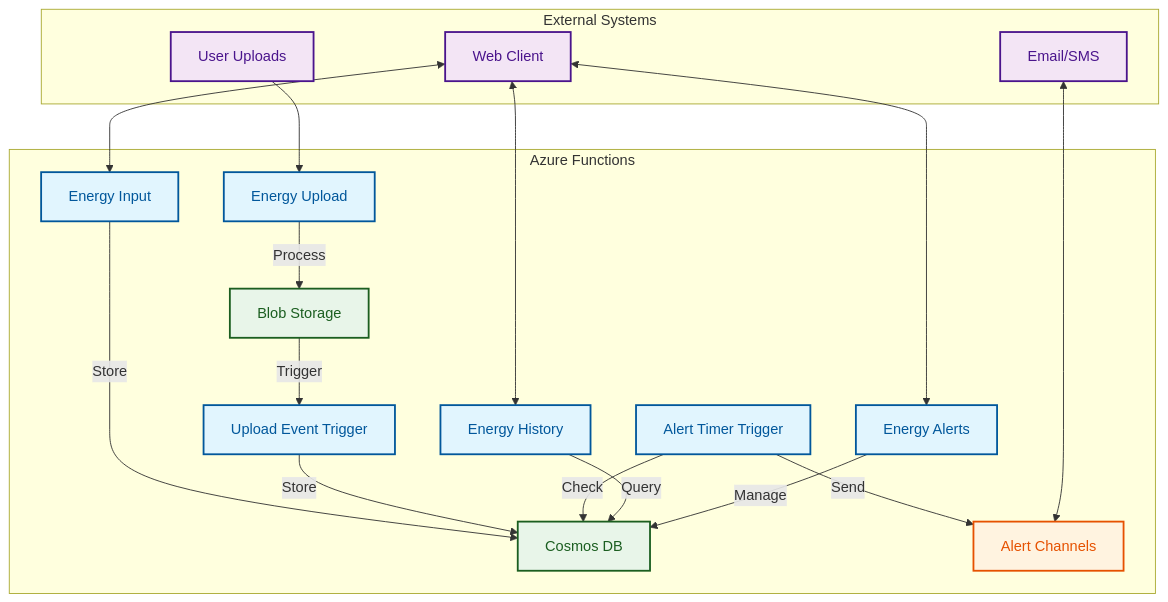
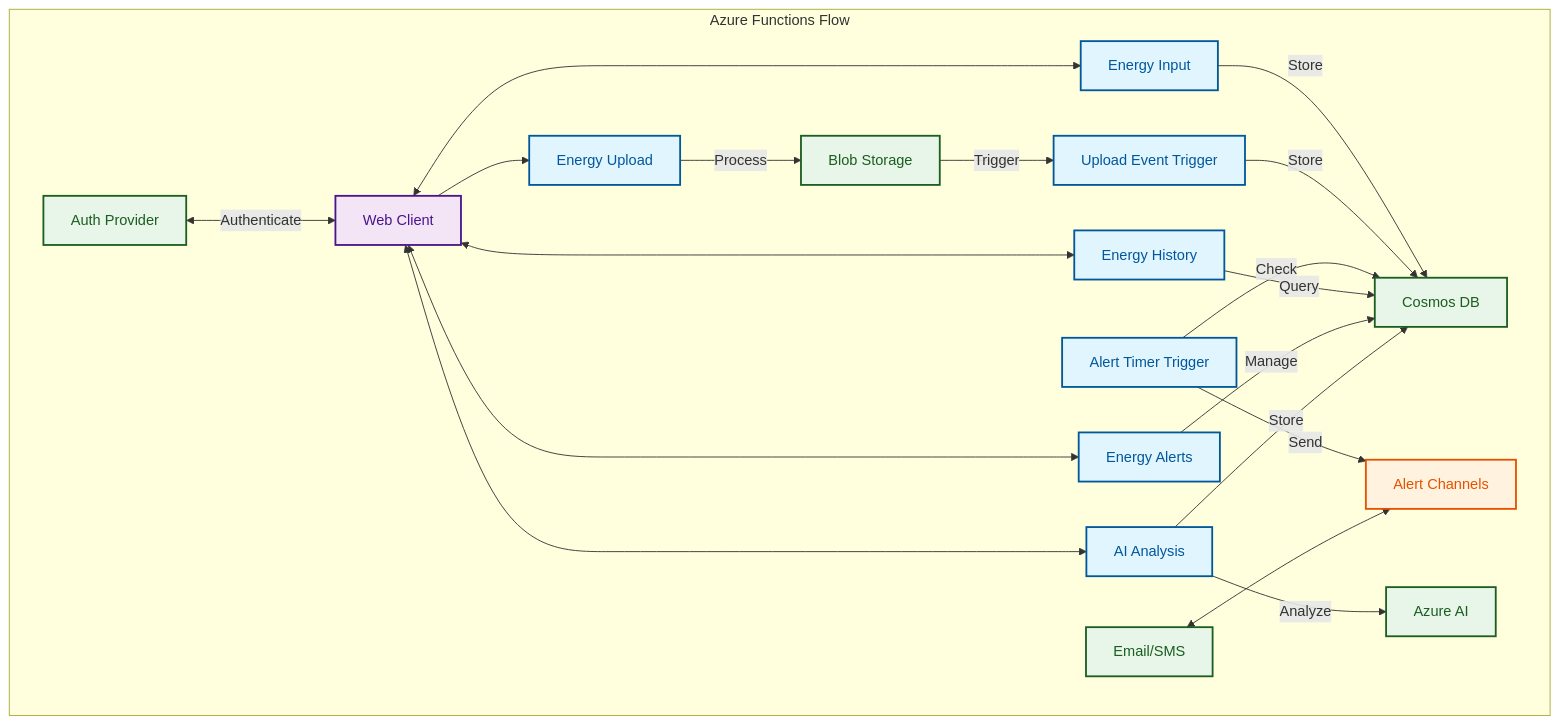
The diagram in README.md (lgn-lvx3/pge-nrg), drawn with Mermaid before and after one commit.

````diff
--- a/README.md
+++ b/README.md
@@ -145,35 +145,38 @@
 ```mermaid
 graph TD
-    subgraph "Azure Functions"
+    subgraph "Azure Functions Flow"
         A[Energy Input] -->|Store| D[Cosmos DB]
         B[Energy Upload] -->|Process| E[Blob Storage]
         E -->|Trigger| F[Upload Event Trigger]
         F -->|Store| D
         G[Alert Timer Trigger] -->|Check| D
         G -->|Send| H[Alert Channels]
         I[Energy History] -->|Query| D
         J[Energy Alerts] -->|Manage| D
-    end
-
-    subgraph "External Systems"
-        K[User Uploads] --> B
-        L[Email/SMS] <--> H
-        M[Web Client] <--> A
-        M <--> I
-        M <--> J
+        K[AI Analysis] -->|Analyze| N[Azure AI]
+        K -->|Store| D
+        M[Email/SMS] <--> H
+        O[Web Client] <--> A
+        O <--> I
+        O <--> J
+        O <--> K
+        O --> B
+        P[Auth Provider] <-->|Authenticate| O
     end
 
 
     style A fill:#e1f5fe,stroke:#01579b,stroke-width:2px,color:#01579b
     style B fill:#e1f5fe,stroke:#01579b,stroke-width:2px,color:#01579b
     style F fill:#e1f5fe,stroke:#01579b,stroke-width:2px,color:#01579b
     style G fill:#e1f5fe,stroke:#01579b,stroke-width:2px,color:#01579b
     style I fill:#e1f5fe,stroke:#01579b,stroke-width:2px,color:#01579b
     style J fill:#e1f5fe,stroke:#01579b,stroke-width:2px,color:#01579b
+    style K fill:#e1f5fe,stroke:#01579b,stroke-width:2px,color:#01579b
     style D fill:#e8f5e9,stroke:#1b5e20,stroke-width:2px,color:#1b5e20
     style E fill:#e8f5e9,stroke:#1b5e20,stroke-width:2px,color:#1b5e20
+    style N fill:#e8f5e9,stroke:#1b5e20,stroke-width:2px,color:#1b5e20
     style H fill:#fff3e0,stroke:#e65100,stroke-width:2px,color:#e65100
-    style K fill:#f3e5f5,stroke:#4a148c,stroke-width:2px,color:#4a148c
-    style L fill:#f3e5f5,stroke:#4a148c,stroke-width:2px,color:#4a148c
-    style M fill:#f3e5f5,stroke:#4a148c,stroke-width:2px,color:#4a148c
+    style M fill:#e8f5e9,stroke:#1b5e20,stroke-width:2px,color:#1b5e20
+    style O fill:#f3e5f5,stroke:#4a148c,stroke-width:2px,color:#4a148c
+    style P fill:#e8f5e9,stroke:#1b5e20,stroke-width:2px,color:#1b5e20
 ```
````
